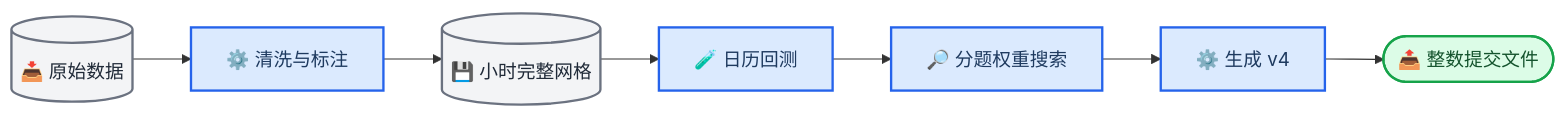
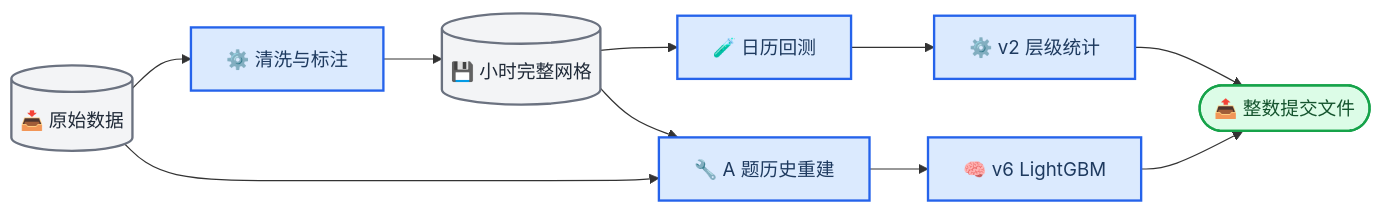
One commit to FFFrosty/CTS-forecasting changed the diagram in README.md. Above: the diagram before and after it, drawn with Mermaid. The commit also changed other lines of this file, not shown here.

````diff
--- a/README.md
+++ b/README.md
@@ -44,20 +44,23 @@
 ```mermaid
 flowchart LR
     accTitle: CTS Forecasting Data Pipeline
-    accDescr: Raw AIS data is cleaned into task-specific hourly labels, evaluated on calendar-aware folds, blended with separate A and B weights, and written as integer submissions
+    accDescr: Raw AIS data is converted into hourly task labels, then follows either the v2 statistical hierarchy or the v6 reconstructed-history LightGBM path before integer submission files are generated
 
     raw_data[(📥 原始数据)] --> preprocess[⚙️ 清洗与标注]
     preprocess --> hourly_grid[(💾 小时完整网格)]
     hourly_grid --> calendar_backtest[🧪 日历回测]
-    calendar_backtest --> weight_search[🔎 分题权重搜索]
-    weight_search --> train_v4[⚙️ 生成 v4]
-    train_v4 --> submissions([📤 整数提交文件])
+    calendar_backtest --> train_v2[⚙️ v2 层级统计]
+    raw_data --> reconstruct_a[🔧 A 题历史重建]
+    hourly_grid --> reconstruct_a
+    reconstruct_a --> train_v6[🧠 v6 LightGBM]
+    train_v2 --> submissions([📤 整数提交文件])
+    train_v6 --> submissions
 
     classDef data fill:#f3f4f6,stroke:#6b7280,stroke-width:2px,color:#1f2937
     classDef process fill:#dbeafe,stroke:#2563eb,stroke-width:2px,color:#1e3a5f
     classDef result fill:#dcfce7,stroke:#16a34a,stroke-width:2px,color:#14532d
 
     class raw_data,hourly_grid data
-    class preprocess,calendar_backtest,weight_search,train_v4 process
+    class preprocess,calendar_backtest,train_v2,reconstruct_a,train_v6 process
     class submissions result
 ```
````
